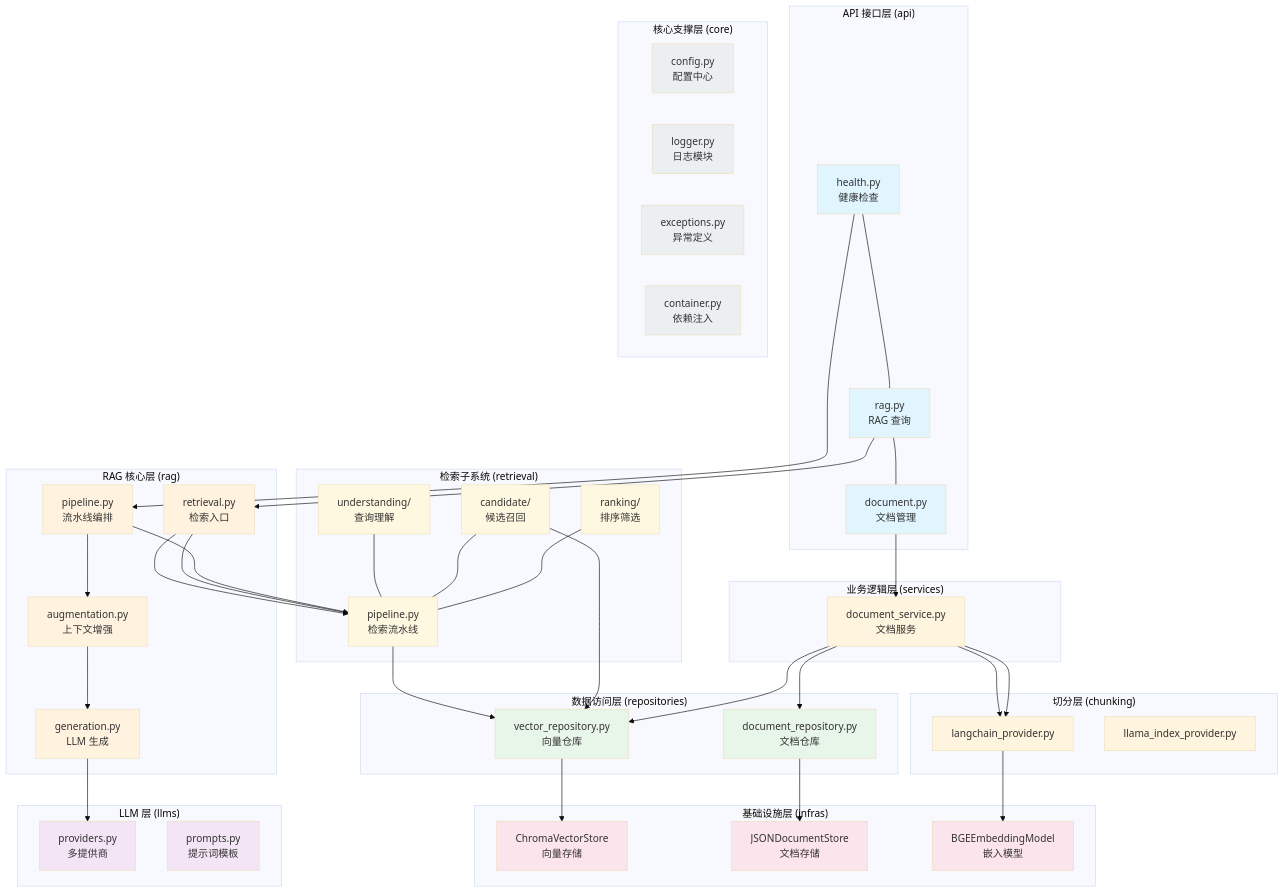
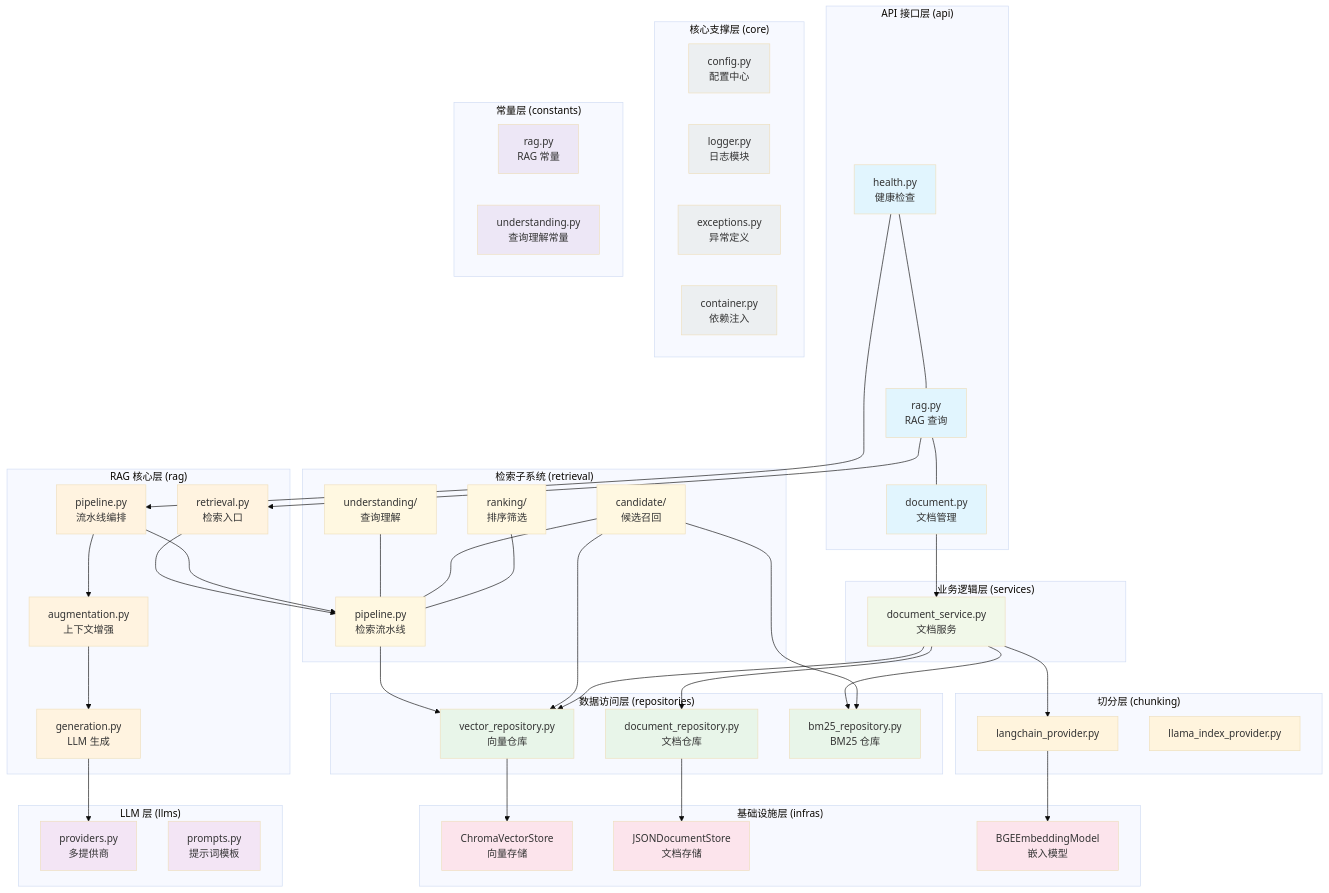
Before and after one commit to chain-engine/x-rag: the first of 3 diagrams in README.md, drawn with Mermaid (base theme). The commit also changed other lines of this file and 1 other file, not shown here.

````diff
--- a/README.md
+++ b/README.md
@@ -198,6 +202,7 @@
     subgraph "数据访问层 (repositories)"
         REP1["vector_repository.py<br/>向量仓库"]
         REP2["document_repository.py<br/>文档仓库"]
+        REP3["bm25_repository.py<br/>BM25 仓库"]
     end
 
     subgraph "基础设施层 (infras)"
@@ -223,11 +228,15 @@
         C4["container.py<br/>依赖注入"]
     end
 
+    subgraph "常量层 (constants)"
+        CON1["rag.py<br/>RAG 常量"]
+        CON2["understanding.py<br/>查询理解常量"]
+    end
+
     A1 --> RAG1
     A2 --> RAG2
     A3 --> SVC1
 
-    RAG2 --> RET1
     RAG2 --> RET1
     RAG1 --> RET1
     RAG1 --> RAG3
@@ -238,12 +247,13 @@
     RET3 --> REP1
     SVC1 --> REP1
     SVC1 --> REP2
-    SVC1 --> CHK1
+    SVC1 --> REP3
     SVC1 --> CHK1
     CHK1 --> I3
 
     REP1 --> I1
     REP2 --> I2
+    RET3 --> REP3
 
     style A1 fill:#e1f5fe
     style A2 fill:#e1f5fe
@@ -256,8 +266,10 @@
     style RET2 fill:#fff8e1
     style RET3 fill:#fff8e1
     style RET4 fill:#fff8e1
+    style SVC1 fill:#f1f8e9
     style REP1 fill:#e8f5e9
     style REP2 fill:#e8f5e9
+    style REP3 fill:#e8f5e9
     style I1 fill:#fce4ec
     style I2 fill:#fce4ec
     style I3 fill:#fce4ec
@@ -267,4 +279,6 @@
     style C2 fill:#eceff1
     style C3 fill:#eceff1
     style C4 fill:#eceff1
+    style CON1 fill:#ede7f6
+    style CON2 fill:#ede7f6
 ```
````
